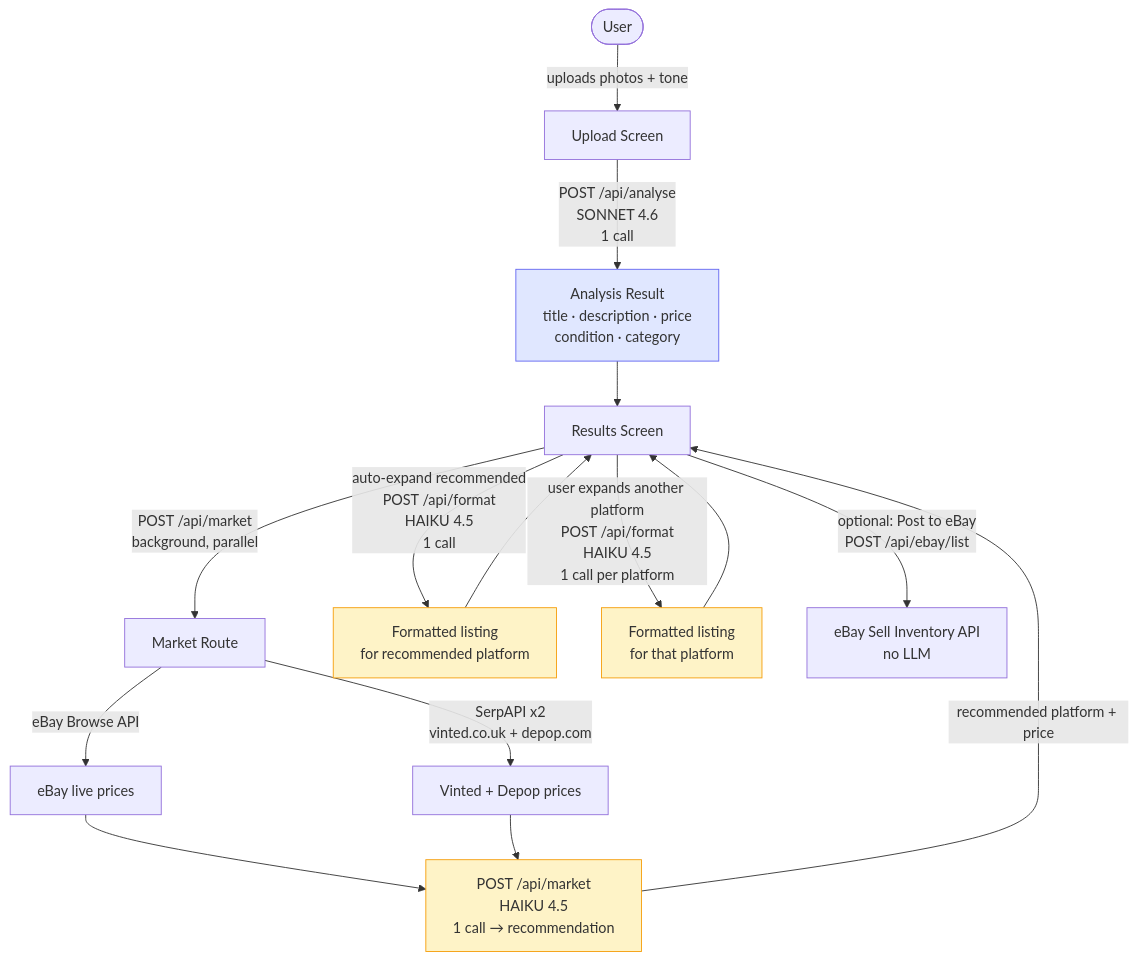
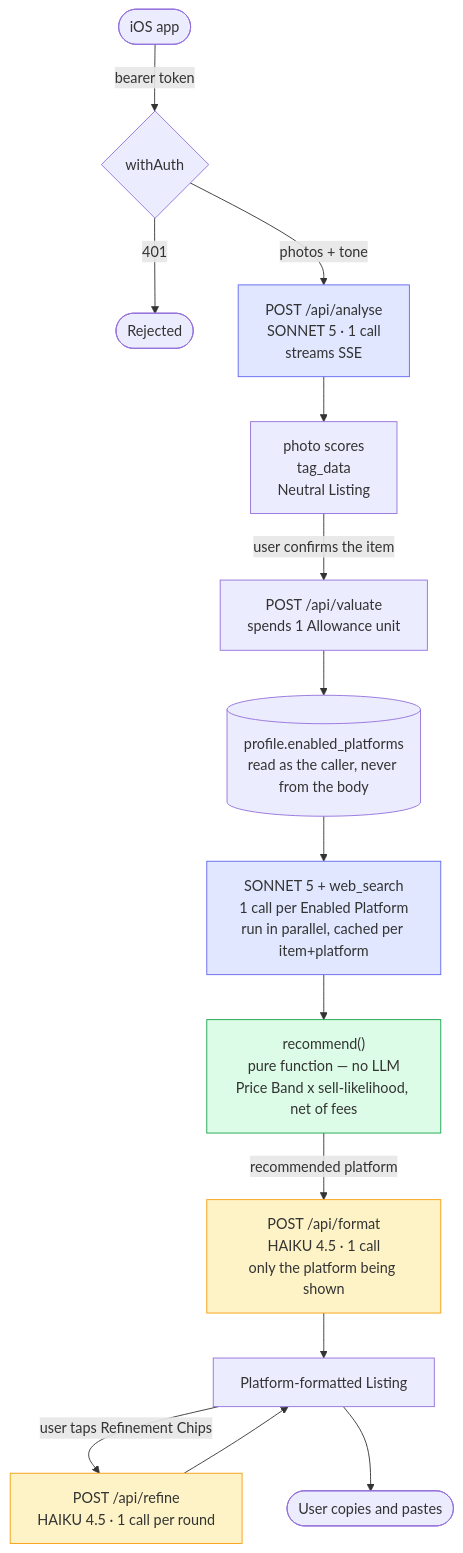
The diagram in ARCHITECTURE.md (jadaross/listd), drawn with Mermaid before and after one commit. The commit also changed other lines of this file and 6 other files, not shown here.

````diff
--- a/ARCHITECTURE.md
+++ b/ARCHITECTURE.md
@@ -5,27 +10,26 @@
 ```mermaid
 flowchart TD
-    User([User]) -->|uploads photos + tone| Upload[Upload Screen]
-    Upload -->|POST /api/analyse\nSONNET 4.6\n1 call| Analyse[Analysis Result\ntitle · description · price\ncondition · category]
+    User([iOS app]) -->|bearer token| Auth{withAuth}
+    Auth -->|401| Reject([Rejected])
 
-    Analyse --> Results[Results Screen]
+    Auth -->|photos + tone| Analyse["POST /api/analyse<br/>SONNET 5 · 1 call<br/>streams SSE"]
+    Analyse --> Neutral["photo scores<br/>tag_data<br/>Neutral Listing"]
 
-    Results -->|POST /api/market\nbackground, parallel| Market[Market Route]
-    Market -->|eBay Browse API| EbayPrices[eBay live prices]
-    Market -->|SerpAPI x2\nvinted.co.uk + depop.com| SerpPrices[Vinted + Depop prices]
-    EbayPrices --> Synth
-    SerpPrices --> Synth[POST /api/market\nHAIKU 4.5\n1 call → recommendation]
-    Synth -->|recommended platform + price| Results
+    Neutral -->|user confirms the item| Valuate["POST /api/valuate<br/>spends 1 Allowance unit"]
+    Valuate --> Profile[("profile.enabled_platforms<br/>read as the caller, never from the body")]
+    Profile --> Bands["SONNET 5 + web_search<br/>1 call per Enabled Platform<br/>run in parallel, cached per item+platform"]
+    Bands --> Recommend["recommend()<br/>pure function — no LLM<br/>Price Band x sell-likelihood, net of fees"]
 
-    Results -->|auto-expand recommended\nPOST /api/format\nHAIKU 4.5\n1 call| Format1[Formatted listing\nfor recommended platform]
-    Format1 --> Results
+    Recommend -->|recommended platform| Format["POST /api/format<br/>HAIKU 4.5 · 1 call<br/>only the platform being shown"]
+    Format --> Listing[Platform-formatted Listing]
 
-    Results -->|user expands another platform\nPOST /api/format\nHAIKU 4.5\n1 call per platform| Format2[Formatted listing\nfor that platform]
-    Format2 --> Results
-
-    Results -->|optional: Post to eBay\nPOST /api/ebay/list| EbayList[eBay Sell Inventory API\nno LLM]
+    Listing -->|user taps Refinement Chips| Refine["POST /api/refine<br/>HAIKU 4.5 · 1 call per round"]
+    Refine --> Listing
+    Listing --> Copy([User copies and pastes])
 
     style Analyse fill:#e0e7ff,stroke:#6366f1
-    style Synth fill:#fef3c7,stroke:#f59e0b
-    style Format1 fill:#fef3c7,stroke:#f59e0b
-    style Format2 fill:#fef3c7,stroke:#f59e0b
+    style Bands fill:#e0e7ff,stroke:#6366f1
+    style Format fill:#fef3c7,stroke:#f59e0b
+    style Refine fill:#fef3c7,stroke:#f59e0b
+    style Recommend fill:#dcfce7,stroke:#16a34a
 ```
````
